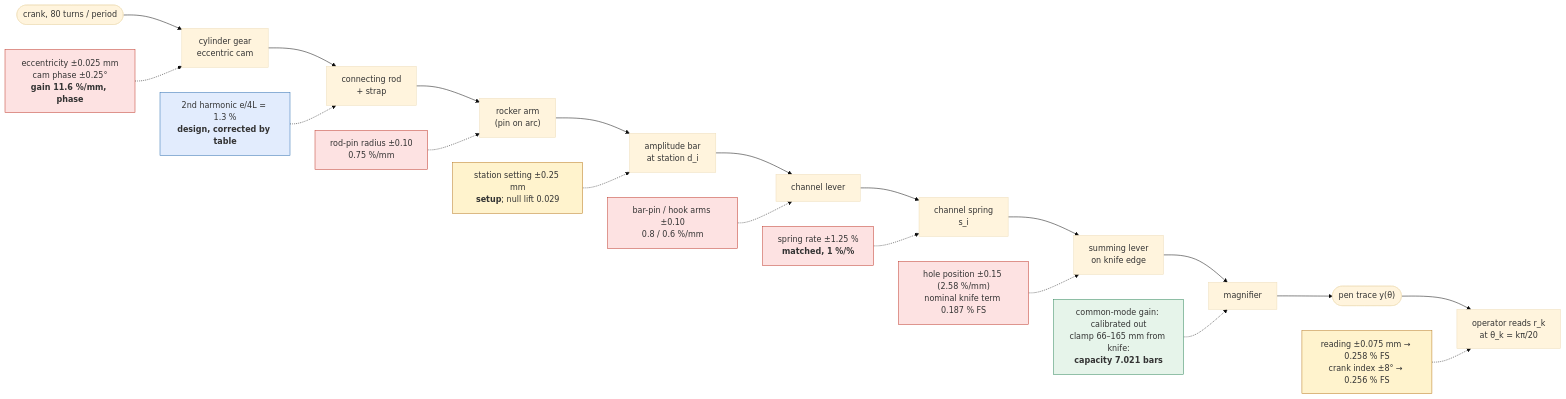
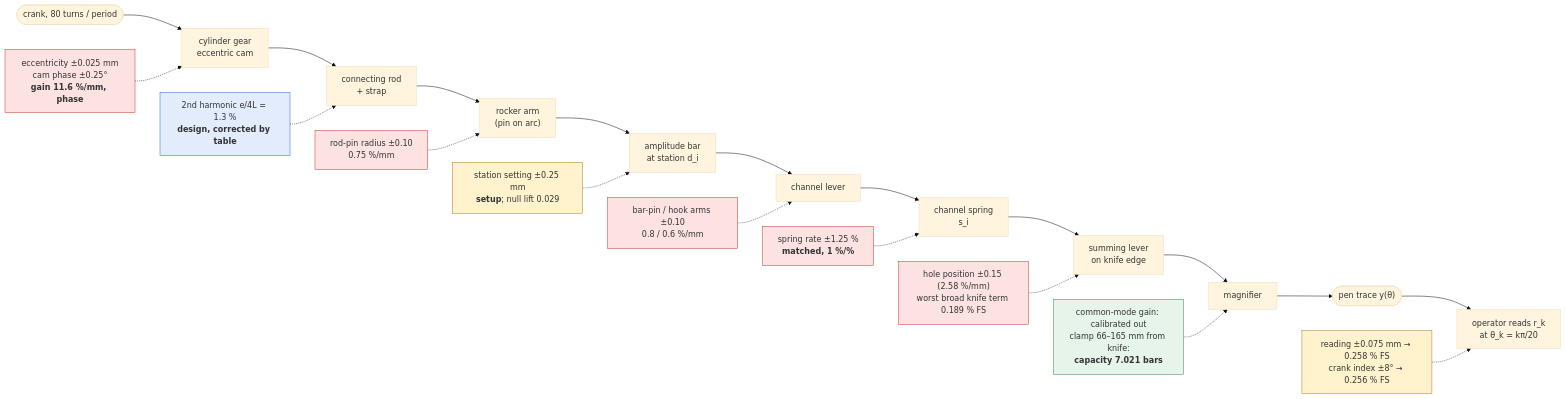
One commit to pedropaulovc/harmonic-analyzer changed the first of 4 diagrams in cad/docs/tolerance-policy.md. Above: the diagram before and after it, drawn with Mermaid (base theme). The commit also changed other lines of this file and 4 other files, not shown here.

````diff
--- a/cad/docs/tolerance-policy.md
+++ b/cad/docs/tolerance-policy.md
@@ -81,27 +81,27 @@
 ```mermaid
 flowchart LR
     crank([crank, 80 turns / period]) --> cam
     cam["cylinder gear<br/>eccentric cam"] --> rod["connecting rod<br/>+ strap"]
     rod --> rocker["rocker arm<br/>(pin on arc)"]
     rocker --> bar["amplitude bar<br/>at station d_i"]
     bar --> lever["channel lever"]
     lever --> spring["channel spring<br/>s_i"]
     spring --> summing["summing lever<br/>on knife edge"]
     summing --> mag["magnifier"] --> pen(["pen trace y(θ)"])
     pen --> op["operator reads r_k<br/>at θ_k = kπ/20"]
 
     e1["eccentricity ±0.025 mm<br/>cam phase ±0.25°<br/><b>gain 11.6 %/mm, phase</b>"]:::part -.-> cam
     e2["2nd harmonic e/4L = 1.3 %<br/><b>design, corrected by table</b>"]:::design -.-> rod
     e3["rod-pin radius ±0.10<br/>0.75 %/mm"]:::part -.-> rocker
     e4["station setting ±0.25 mm<br/><b>setup</b>; null lift 0.029"]:::setup -.-> bar
     e5["bar-pin / hook arms ±0.10<br/>0.8 / 0.6 %/mm"]:::part -.-> lever
     e6["spring rate ±1.25 %<br/><b>matched, 1 %/%</b>"]:::part -.-> spring
-    e7["hole position ±0.15 (2.58 %/mm)<br/>nominal knife term 0.187 % FS"]:::part -.-> summing
+    e7["hole position ±0.15 (2.58 %/mm)<br/>worst broad knife term 0.189 % FS"]:::part -.-> summing
     e8["common-mode gain: calibrated out<br/>clamp 66–165 mm from knife:<br/><b>capacity 7.021 bars</b>"]:::free -.-> mag
     e9["reading ±0.075 mm → 0.258 % FS<br/>crank index ±8° → 0.256 % FS"]:::setup -.-> op
 
     classDef part fill:#fde2e2,stroke:#c0392b
     classDef setup fill:#fff3cd,stroke:#b7791f
     classDef design fill:#e2ecfd,stroke:#2b6cb0
     classDef free fill:#e6f4ea,stroke:#2f855a
 ```
````
